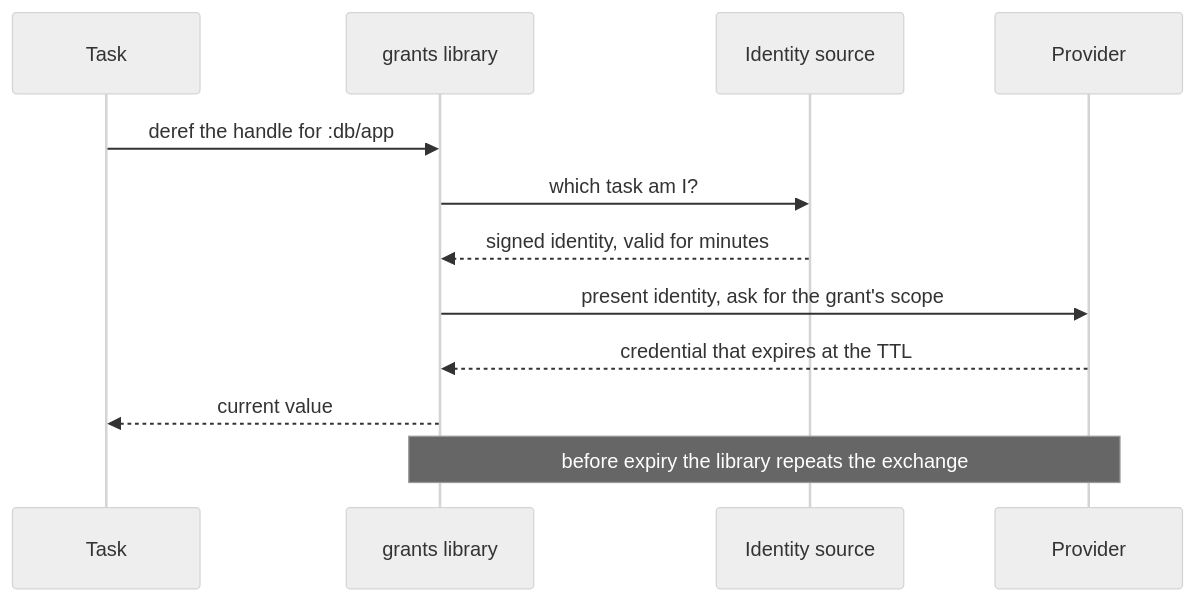
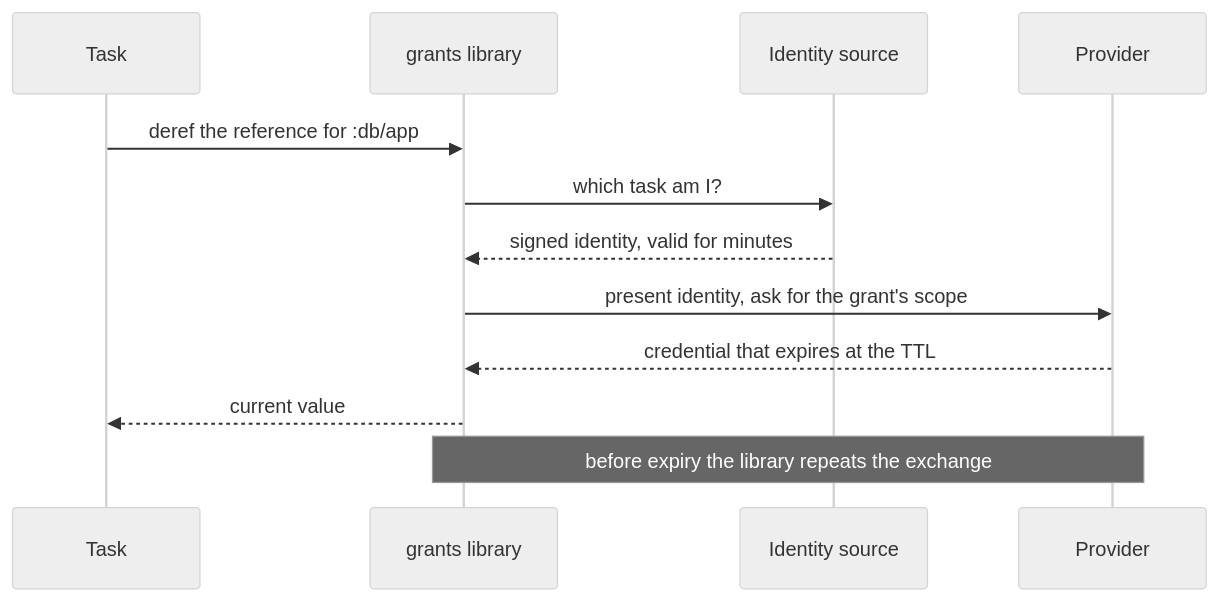
Before and after one commit to kirahowe/grants: the second of 7 diagrams in doc/design.md, drawn with Mermaid (neutral theme). The commit also changed other lines of this file and 1 other file, not shown here.

First line of the commit message:
Call what #grant returns a reference

````diff
--- a/doc/design.md
+++ b/doc/design.md
@@ -200,14 +204,14 @@
 ```mermaid
 sequenceDiagram
     participant T as Task
     participant L as grants library
     participant I as Identity source
     participant P as Provider
-    T->>L: deref the handle for :db/app
+    T->>L: deref the reference for :db/app
     L->>I: which task am I?
     I-->>L: signed identity, valid for minutes
     L->>P: present identity, ask for the grant's scope
     P-->>L: credential that expires at the TTL
     L-->>T: current value
     Note over L,P: before expiry the library repeats the exchange
 ```
````
